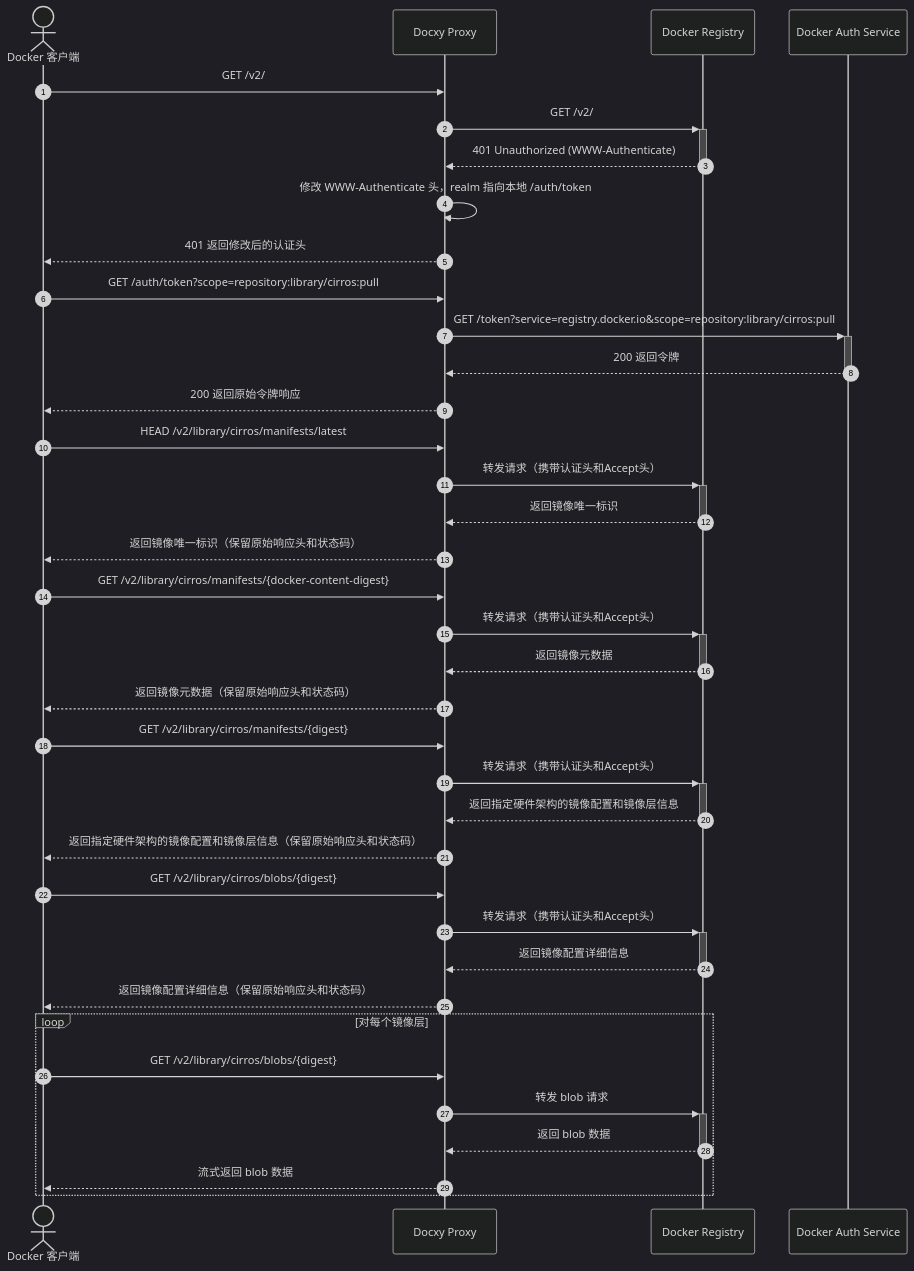
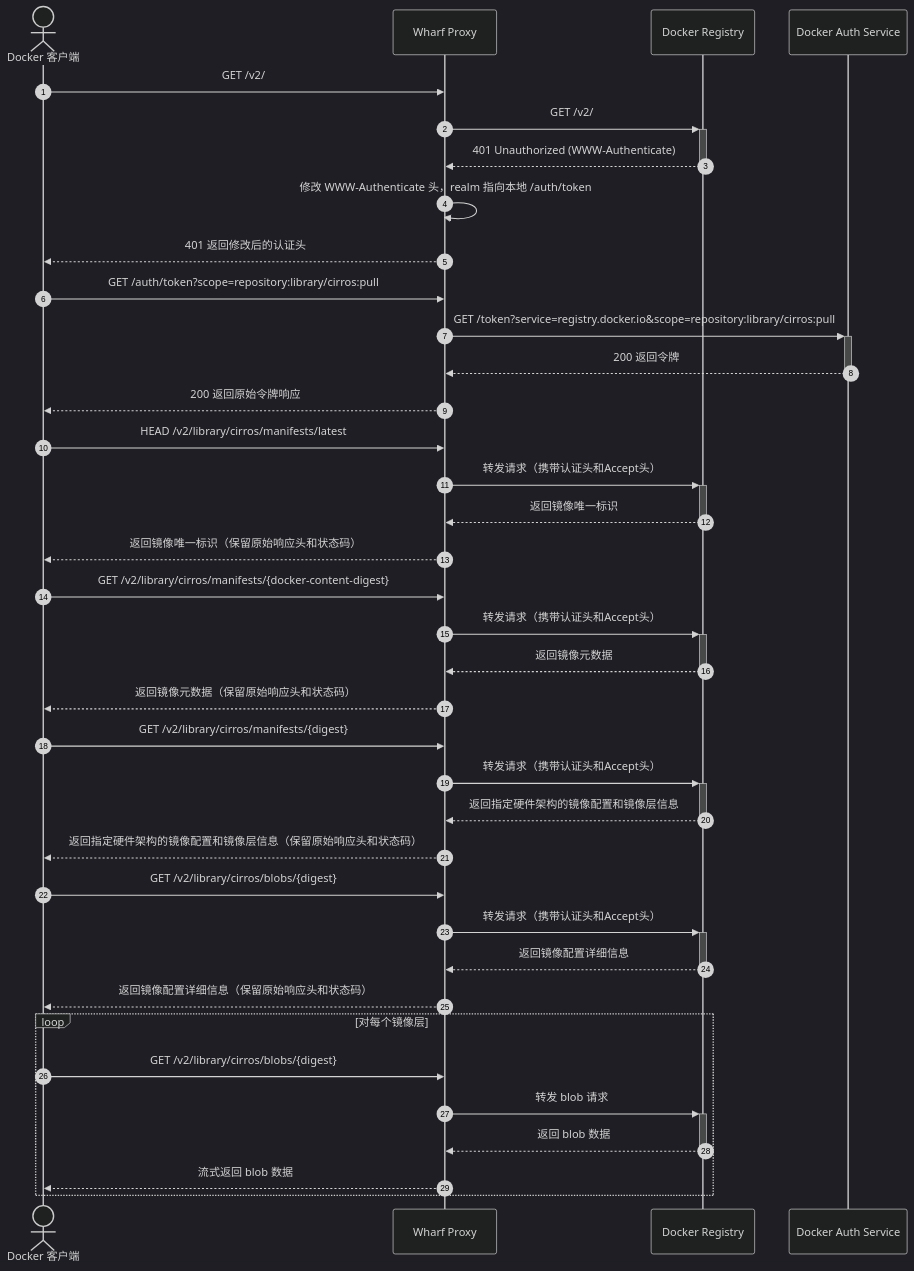
Before and after one commit to harrisonwang/docxy: the second of 2 diagrams in docs/ARCHITECTURE.md, drawn with Mermaid (dark theme). The commit also changed other lines of this file and 24 other files, not shown here.

Commit message:
🦄 refactor: 将项目从 Docxy 更名为 Wharf

````diff
--- a/docs/ARCHITECTURE.md
+++ b/docs/ARCHITECTURE.md
@@ -77,53 +77,53 @@
 ```mermaid
 sequenceDiagram
     autonumber
     actor Client as Docker 客户端
-    participant Proxy as Docxy Proxy
+    participant Proxy as Wharf Proxy
     participant Registry as Docker Registry
     participant Auth as Docker Auth Service
     
     %% 质询请求处理
     Client->>Proxy: GET /v2/
     Proxy->>+Registry: GET /v2/
     Registry-->>-Proxy: 401 Unauthorized (WWW-Authenticate)
     Proxy->>Proxy: 修改 WWW-Authenticate 头，realm 指向本地 /auth/token
     Proxy-->>Client: 401 返回修改后的认证头
     
     %% 令牌获取
     Client->>Proxy: GET /auth/token?scope=repository:library/cirros:pull
     Proxy->>+Auth: GET /token?service=registry.docker.io&scope=repository:library/cirros:pull
     Auth-->>-Proxy: 200 返回令牌
     Proxy-->>Client: 200 返回原始令牌响应
     
     %% 镜像摘要请求处理
     Client->>Proxy: HEAD /v2/library/cirros/manifests/latest
     Proxy->>+Registry: 转发请求（携带认证头和Accept头）
     Registry-->>-Proxy: 返回镜像唯一标识
     Proxy-->>Client: 返回镜像唯一标识（保留原始响应头和状态码）
 
     %% 镜像元数据请求处理
     Client->>Proxy: GET /v2/library/cirros/manifests/{docker-content-digest}
     Proxy->>+Registry: 转发请求（携带认证头和Accept头）
     Registry-->>-Proxy: 返回镜像元数据
     Proxy-->>Client: 返回镜像元数据（保留原始响应头和状态码）
 
     %% 镜像配置和镜像层信息请求处理
     Client->>Proxy: GET /v2/library/cirros/manifests/{digest}
     Proxy->>+Registry: 转发请求（携带认证头和Accept头）
     Registry-->>-Proxy: 返回指定硬件架构的镜像配置和镜像层信息
     Proxy-->>Client: 返回指定硬件架构的镜像配置和镜像层信息（保留原始响应头和状态码）
 
     %% 镜像配置详细信息请求处理
     Client->>Proxy: GET /v2/library/cirros/blobs/{digest}
     Proxy->>+Registry: 转发请求（携带认证头和Accept头）
     Registry-->>-Proxy: 返回镜像配置详细信息
     Proxy-->>Client: 返回镜像配置详细信息（保留原始响应头和状态码）
     
     %% 各镜像层二进制数据请求处理（循环处理每一层）
     loop 对每个镜像层
         Client->>Proxy: GET /v2/library/cirros/blobs/{digest}
         Proxy->>+Registry: 转发 blob 请求
         Registry-->>-Proxy: 返回 blob 数据
         Proxy-->>Client: 流式返回 blob 数据
     end
 ```
````
